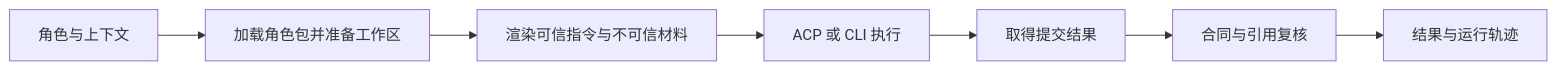
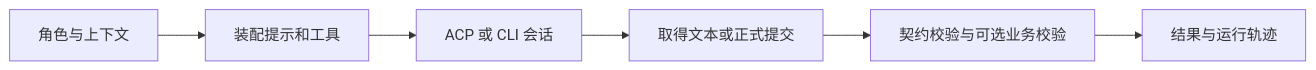
Before and after one commit to lejunyang/omem: the diagram in .repo-review/knowledge/articles/402a146c3874836a69ae98ef2a63453025eeec309fa0869430e72fb5582bf565.md, drawn with Mermaid. The commit also changed other lines of this file and 9 other files, not shown here.

````diff
--- a/.repo-review/knowledge/articles/402a146c3874836a69ae98ef2a63453025eeec309fa0869430e72fb5582bf565.md
+++ b/.repo-review/knowledge/articles/402a146c3874836a69ae98ef2a63453025eeec309fa0869430e72fb5582bf565.md
@@ -19,9 +17,8 @@
 ```mermaid
 flowchart LR
-  A[角色与上下文] --> B[加载角色包并准备工作区]
-  B --> C[渲染可信指令与不可信材料]
-  C --> D[ACP 或 CLI 执行]
-  D --> E[取得提交结果]
-  E --> F[合同与引用复核]
-  F --> G[结果与运行轨迹]
+  A[角色与上下文] --> B[装配提示和工具]
+  B --> C[ACP 或 CLI 会话]
+  C --> D[取得文本或正式提交]
+  D --> E[契约校验与可选业务校验]
+  E --> F[结果与运行轨迹]
 ```
````
